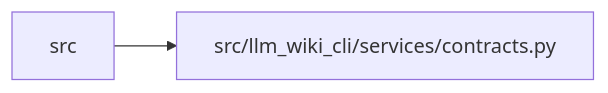
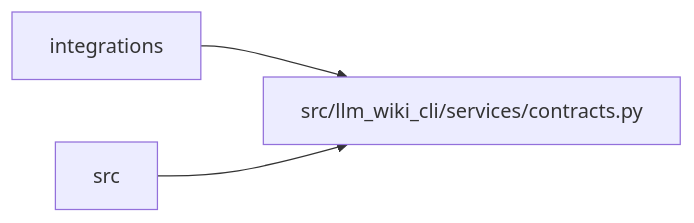
Before and after one commit to Denissvgn/python-wiki-llm: the diagram in docs/llm_wiki/modules/services_contracts.md, drawn with Mermaid. The commit also changed other lines of this file and 727 other files, not shown here.

````diff
--- a/docs/llm_wiki/modules/services_contracts.md
+++ b/docs/llm_wiki/modules/services_contracts.md
@@ -52,7 +52,9 @@
 ```mermaid
 flowchart LR
-    n0["src"]
-    n1["src/llm_wiki_cli/services/contracts.py"]
-    n0 --> n1
-    click n1 "../modules/services_contracts.md"
+    n0["integrations"]
+    n1["src"]
+    n2["src/llm_wiki_cli/services/contracts.py"]
+    n0 --> n2
+    n1 --> n2
+    click n2 "../modules/services_contracts.md"
 ```
````
